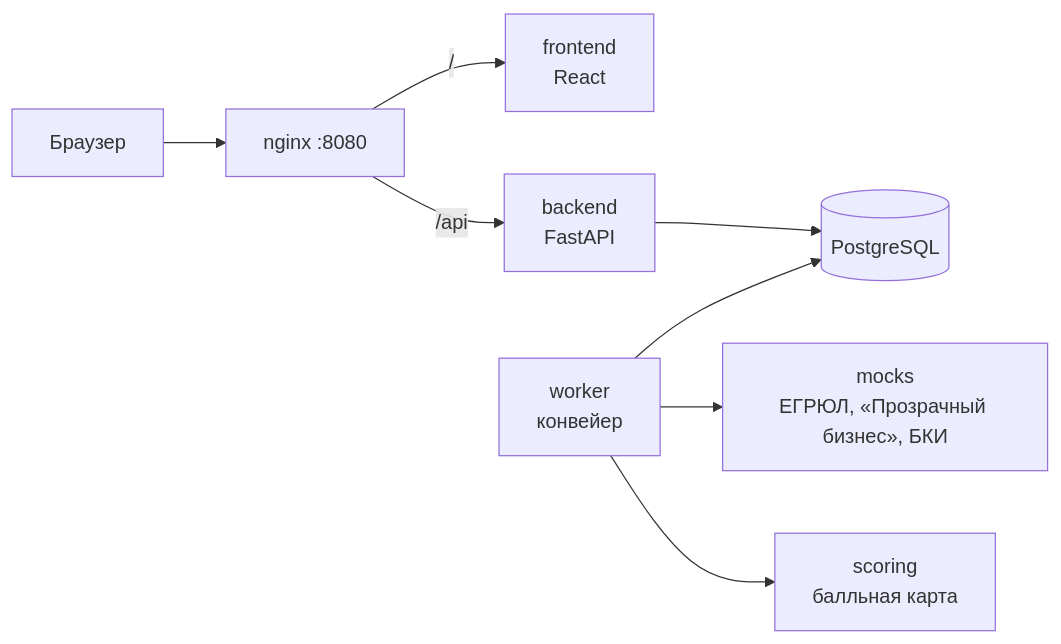
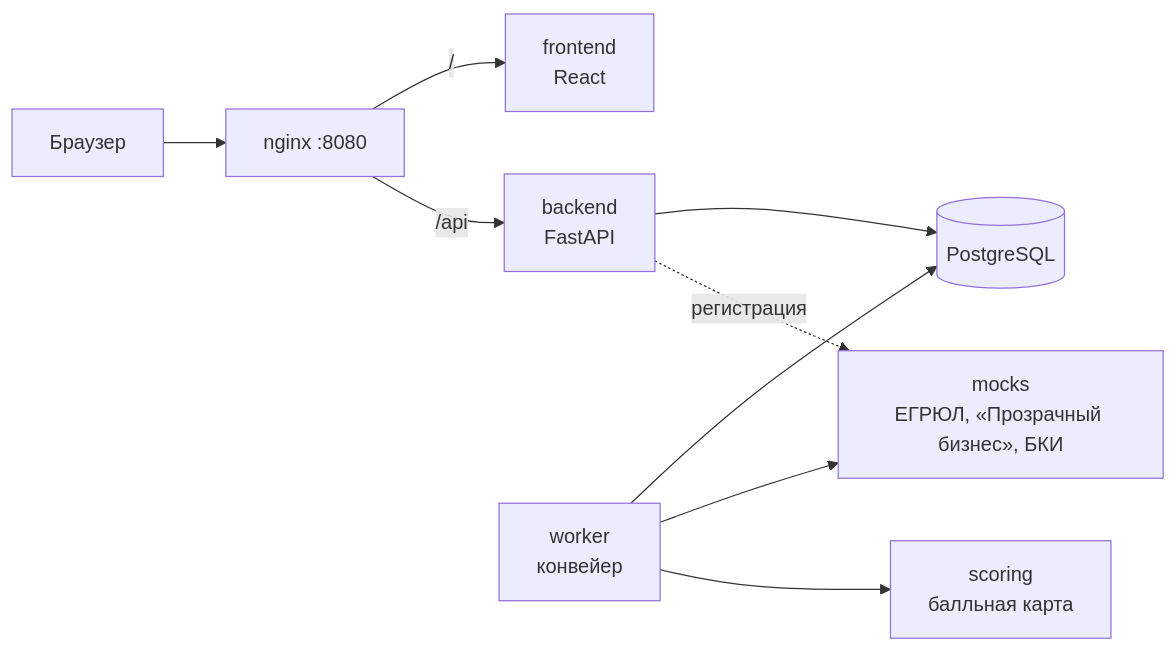
One commit to APDITE/alfa_hack changed the diagram in README.md. Above: the diagram before and after it, drawn with Mermaid. The commit also changed other lines of this file and 3 other files, not shown here.

````diff
--- a/README.md
+++ b/README.md
@@ -110,10 +121,11 @@
 ```mermaid
 flowchart LR
     browser["Браузер"] --> nginx["nginx :8080"]
     nginx -- "/" --> frontend["frontend<br/>React"]
     nginx -- "/api" --> backend["backend<br/>FastAPI"]
     backend --> db[("PostgreSQL")]
     worker["worker<br/>конвейер"] --> db
     worker --> mocks["mocks<br/>ЕГРЮЛ, «Прозрачный бизнес», БКИ"]
     worker --> scoring["scoring<br/>балльная карта"]
+    backend -. "регистрация" .-> mocks
 ```
````
